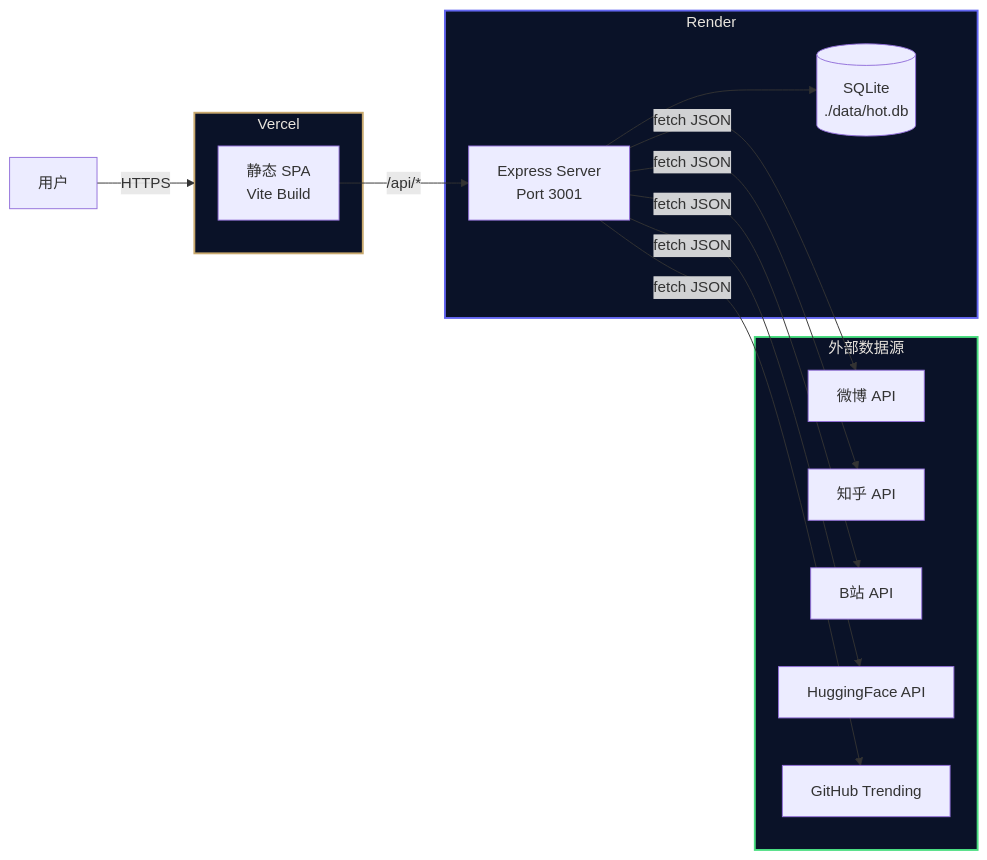
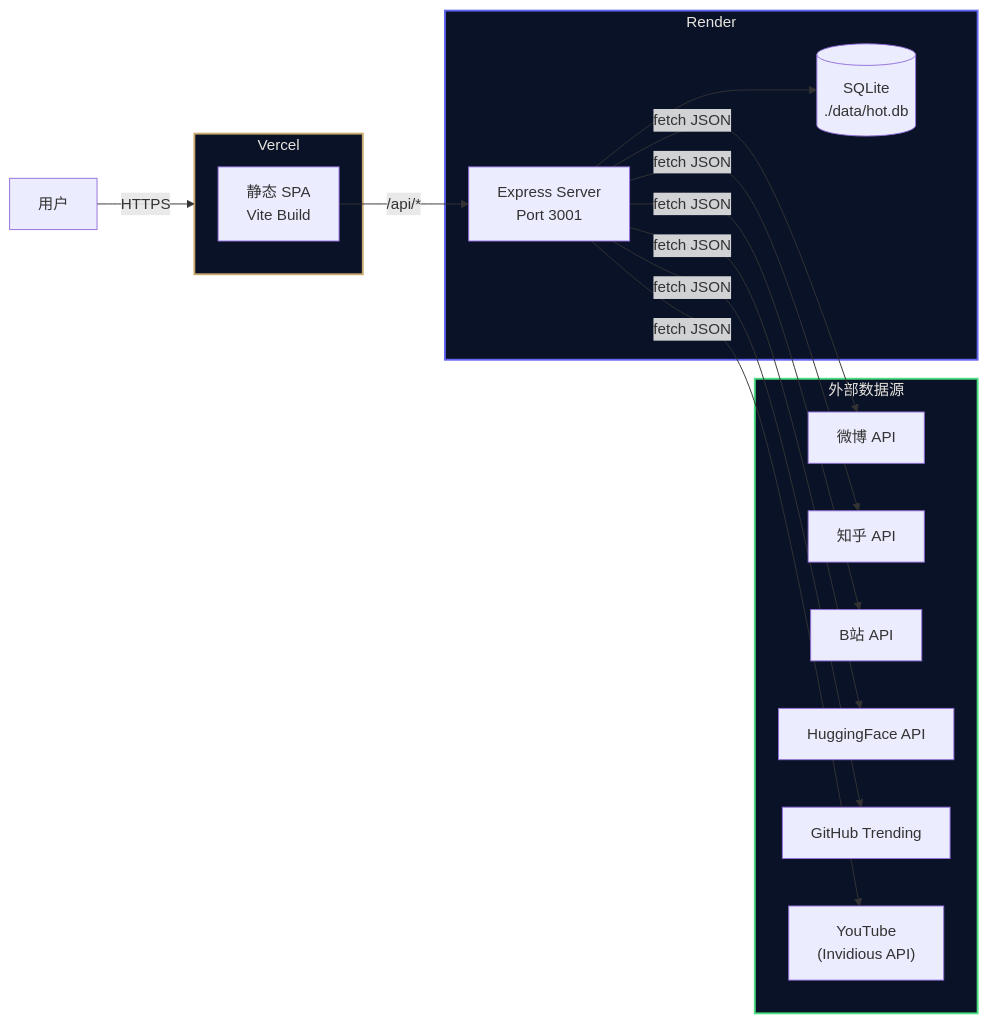
Before and after one commit to eva12335/hot-search: the third of 3 diagrams in ARCHITECTURE.md, drawn with Mermaid. The commit also changed other lines of this file and 10 other files, not shown here.

First line of the commit message:
feat: 新增 YouTube 热门视频适配器 + HuggingFace 改用 trending API

````diff
--- a/ARCHITECTURE.md
+++ b/ARCHITECTURE.md
@@ -136,27 +138,28 @@
 ```mermaid
 graph LR
     subgraph Vercel[" Vercel "]
         FE["静态 SPA<br/>Vite Build"]
     end
     subgraph Render[" Render "]
         BE["Express Server<br/>Port 3001"]
         DB[("SQLite<br/>./data/hot.db")]
         BE --> DB
     end
     subgraph External[" 外部数据源 "]
         W["微博 API"]
         Z["知乎 API"]
         B["B站 API"]
         H["HuggingFace API"]
         G["GitHub Trending"]
+        Y["YouTube<br/>(Invidious API)"]
     end
 
     DNS["用户"]
     DNS -->|"HTTPS"| Vercel
     FE -->|"/api/*"| BE
-    BE -->|"fetch JSON"| W & Z & B & H & G
+    BE -->|"fetch JSON"| W & Z & B & H & G & Y
 
     style Vercel fill:#0a1228,stroke:#c9a96e,stroke-width:2px,color:#e8e4dd
     style Render fill:#0a1228,stroke:#6366f1,stroke-width:2px,color:#e8e4dd
     style External fill:#0a1228,stroke:#4ade80,stroke-width:2px,color:#e8e4dd
 ```
````
